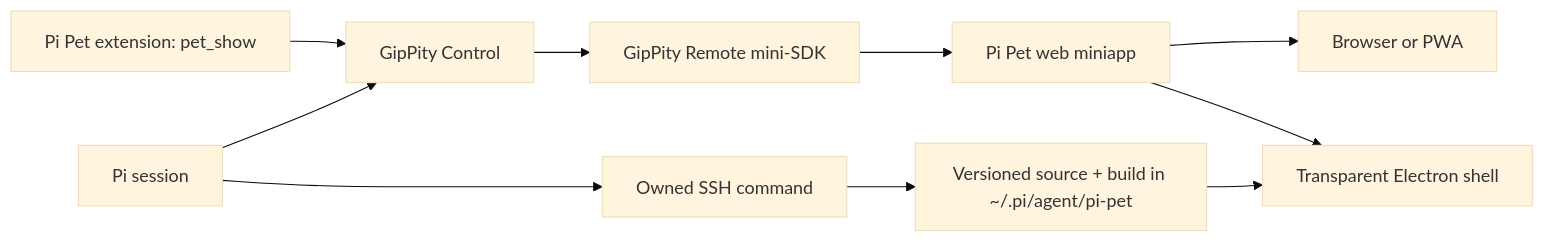
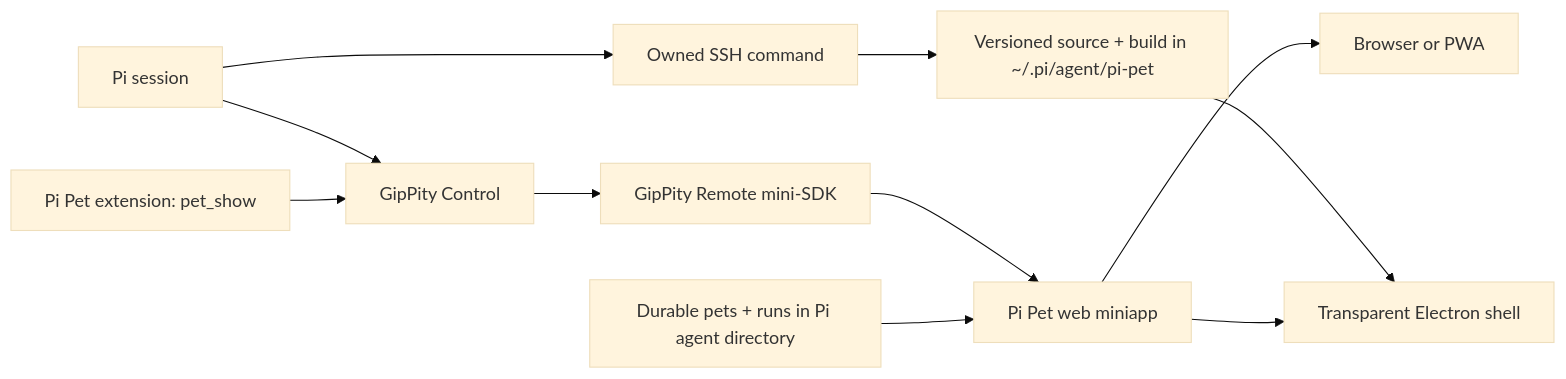
The diagram in packages/pi-pet/docs/architecture.md (IgorWarzocha/howaboua-pi-stuff), drawn with Mermaid (base theme) before and after one commit. The commit also changed other lines of this file and 22 other files, not shown here.

````diff
--- a/packages/pi-pet/docs/architecture.md
+++ b/packages/pi-pet/docs/architecture.md
@@ -3,12 +3,13 @@
 ```mermaid
 flowchart LR
     Pi[Pi session] --> G[GipPity Control]
     Pi --> SSH[Owned SSH command]
     SSH --> Build[Versioned source + build in ~/.pi/agent/pi-pet]
     Build --> Electron[Transparent Electron shell]
     G --> SDK[GipPity Remote mini-SDK]
     SDK --> Web[Pi Pet web miniapp]
+    Store[Durable pets + runs in Pi agent directory] --> Web
     Web --> Browser[Browser or PWA]
     Web --> Electron
     Pet[Pi Pet extension: pet_show] --> G
 ```
````
